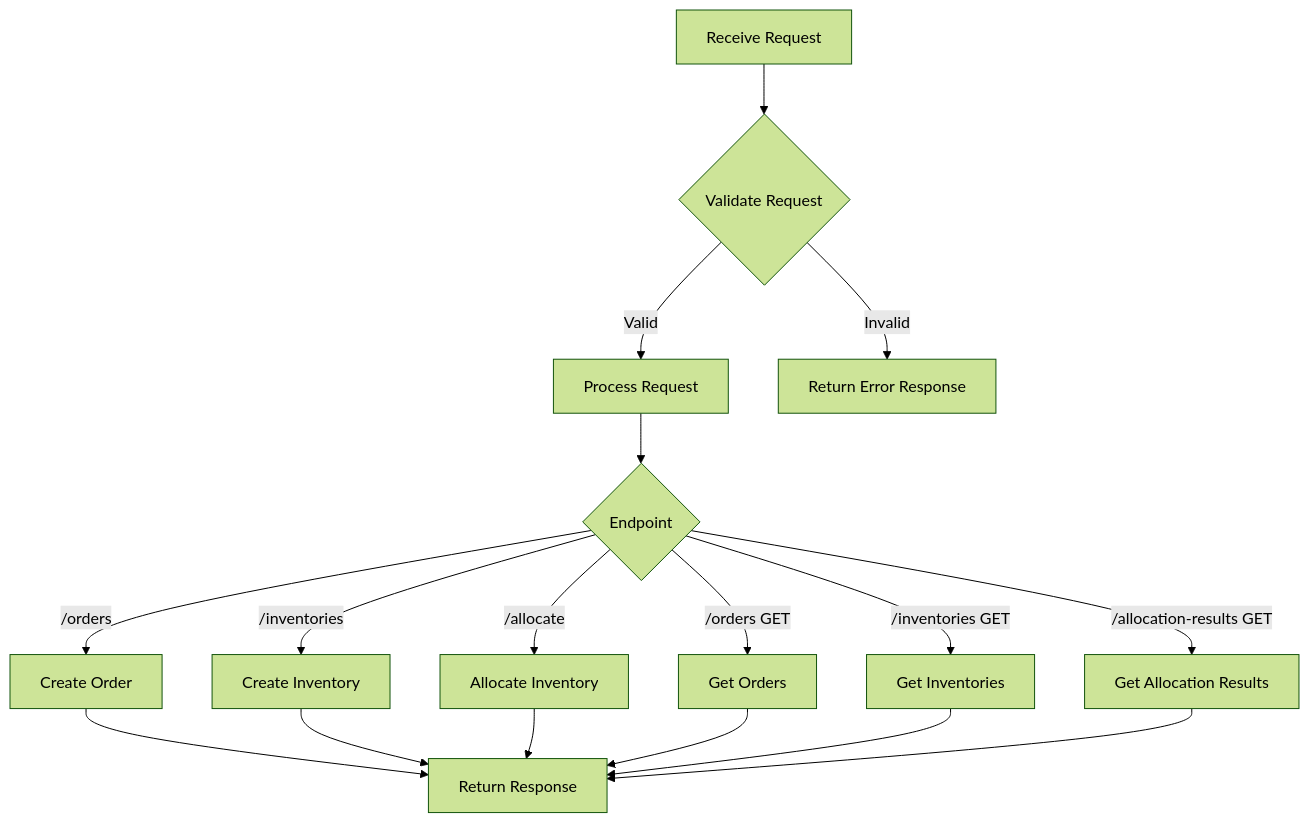
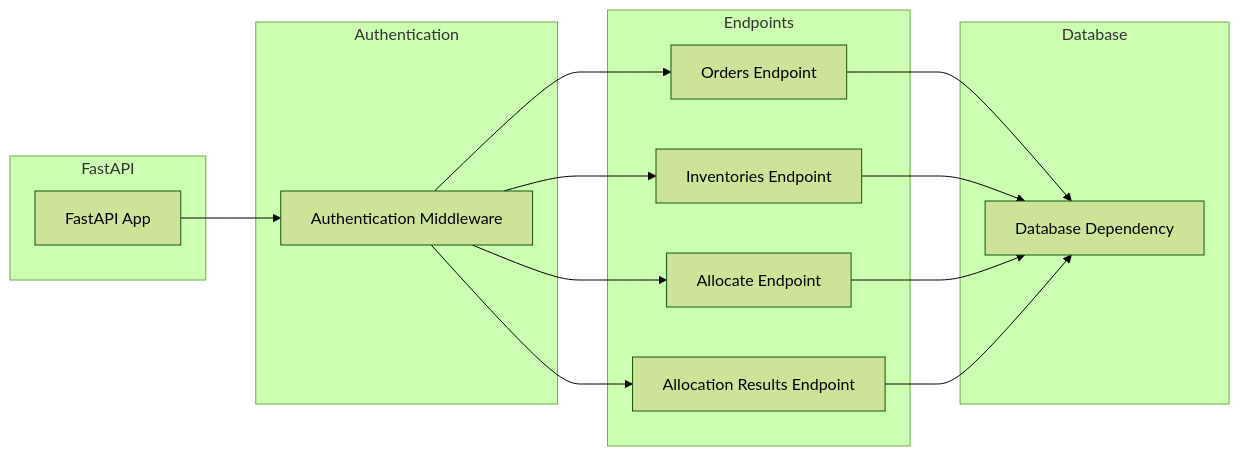
Before and after one commit to Rayoo-Nakano/InventoryAllocation: the third of 7 diagrams in Backend/InventoryAllocation_ProgramDesige.md, drawn with Mermaid (forest theme). The commit also changed other lines of this file and 8 other files, not shown here.

````diff
--- a/Backend/InventoryAllocation_ProgramDesige.md
+++ b/Backend/InventoryAllocation_ProgramDesige.md
@@ -254,19 +253,33 @@
 ```mermaid
-graph TD
-    A[Receive Request] --> B{Validate Request}
-    B --> |Valid| C[Process Request]
-    B --> |Invalid| D[Return Error Response]
-    C --> E{Endpoint}
-    E --> |/orders| F[Create Order]
-    E --> |/inventories| G[Create Inventory]
-    E --> |/allocate| H[Allocate Inventory]
-    E --> |/orders GET| I[Get Orders]
-    E --> |/inventories GET| J[Get Inventories]
-    E --> |/allocation-results GET| K[Get Allocation Results]
-    F --> L[Return Response]
-    G --> L
-    H --> L
-    I --> L
-    J --> L
-    K --> L
+graph LR
+    subgraph FastAPI
+        app[FastAPI App]
+    end
+
+    subgraph Authentication
+        auth[Authentication Middleware]
+    end
+
+    subgraph Endpoints
+        orders[Orders Endpoint]
+        inventories[Inventories Endpoint]
+        allocate[Allocate Endpoint]
+        allocation_results[Allocation Results Endpoint]
+    end
+
+    subgraph Database
+        db[Database Dependency]
+    end
+
+    app --> auth
+    auth --> orders
+    auth --> inventories
+    auth --> allocate
+    auth --> allocation_results
+
+    orders --> db
+    inventories --> db
+    allocate --> db
+    allocation_results --> db
+
 ```
````
